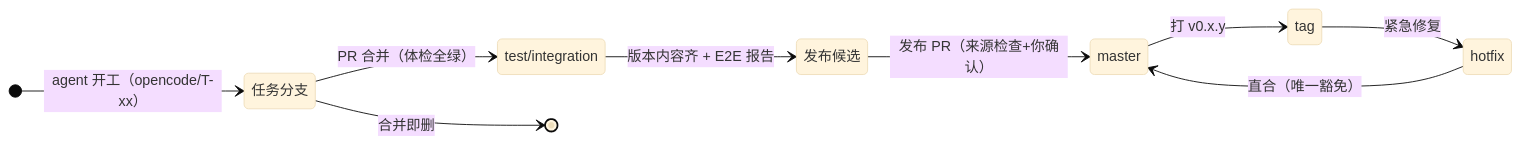
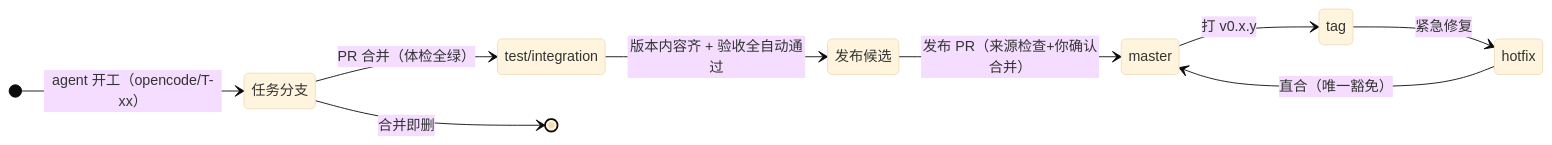
One commit to feng653/quant-lean changed the fifth of 8 diagrams in docs/WORKFLOW_UPDATE_PLAN.md. Above: the diagram before and after it, drawn with Mermaid (base theme). The commit also changed other lines of this file, not shown here.

````diff
--- a/docs/WORKFLOW_UPDATE_PLAN.md
+++ b/docs/WORKFLOW_UPDATE_PLAN.md
@@ -135,12 +152,12 @@
 ```mermaid
 stateDiagram-v2
     direction LR
     [*] --> 任务分支: agent 开工（opencode/T-xx）
     任务分支 --> test/integration: PR 合并（体检全绿）
-    test/integration --> 发布候选: 版本内容齐 + E2E 报告
-    发布候选 --> master: 发布 PR（来源检查+你确认）
+    test/integration --> 发布候选: 版本内容齐 + 验收全自动通过
+    发布候选 --> master: 发布 PR（来源检查+你确认合并）
     master --> tag: 打 v0.x.y
     tag --> hotfix: 紧急修复
     hotfix --> master: 直合（唯一豁免）
     任务分支 --> [*]: 合并即删
 ```
````
